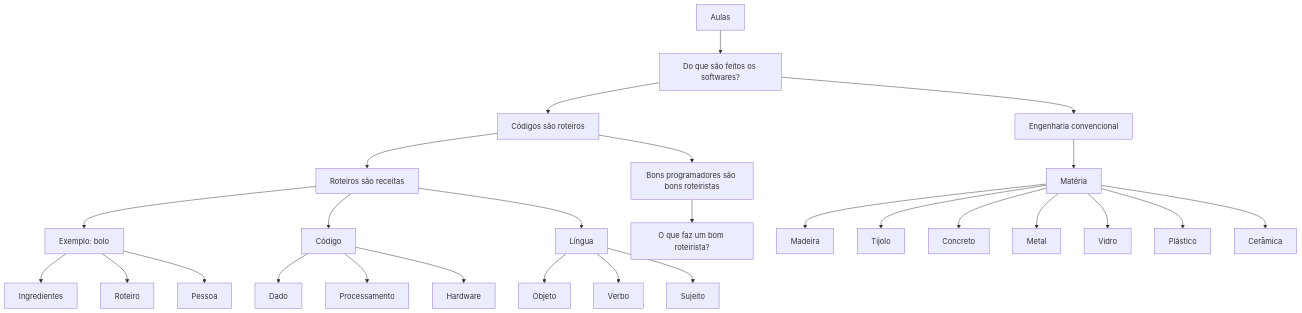
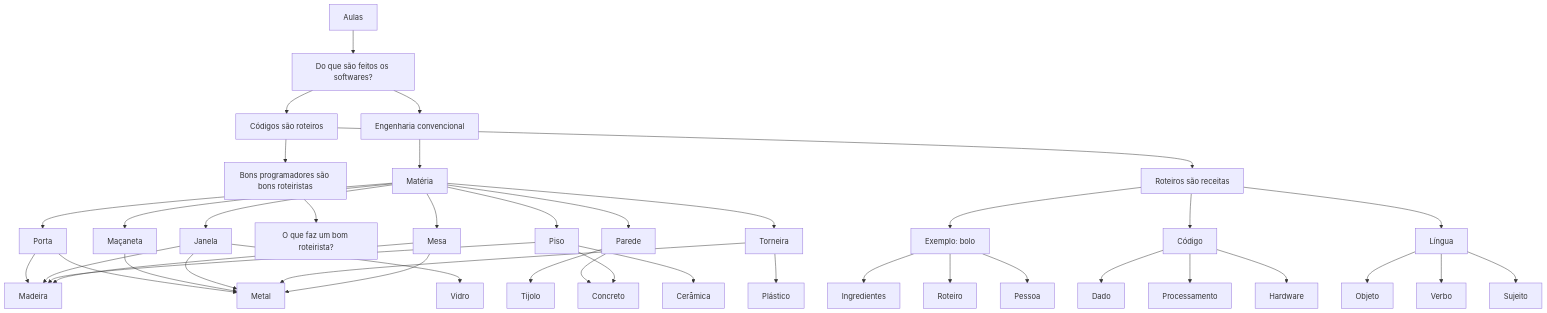
Before and after one commit to laerciogermano/workstation: the diagram in aulas/README.md, drawn with Mermaid. The commit also changed other lines of this file, not shown here.

Commit message:
Coloca componentes de casa (porta, maçaneta, janela…) acima das leafs de matéria.

````diff
--- a/aulas/README.md
+++ b/aulas/README.md
@@ -3,56 +3,78 @@
 ```mermaid
 flowchart TD
   A[Aulas]
   B[Do que são feitos os softwares?]
   C[Códigos são roteiros]
   D[Roteiros são receitas]
   DX[Exemplo: bolo]
   D1[Ingredientes]
   D2[Roteiro]
   D3[Pessoa]
   CG[Código]
   CG1[Dado]
   CG2[Processamento]
   CG3[Hardware]
   LG[Língua]
   LG1[Objeto]
   LG2[Verbo]
   LG3[Sujeito]
   E[Bons programadores são bons roteiristas]
   F[O que faz um bom roteirista?]
   EC[Engenharia convencional]
   M[Matéria]
+  CP1[Porta]
+  CP2[Maçaneta]
+  CP3[Janela]
+  CP4[Parede]
+  CP5[Piso]
+  CP6[Torneira]
+  CP7[Mesa]
   M1[Madeira]
   M2[Tijolo]
   M3[Concreto]
   M4[Metal]
   M5[Vidro]
   M6[Plástico]
   M7[Cerâmica]
   A --> B
   B --> EC
   B --> C
   C --> D
   C --> E
   E --> F
   D --> DX
   D --> CG
   D --> LG
   DX --> D1
   DX --> D2
   DX --> D3
   CG --> CG1
   CG --> CG2
   CG --> CG3
   LG --> LG1
   LG --> LG2
   LG --> LG3
   EC --> M
-  M --> M1
-  M --> M2
-  M --> M3
-  M --> M4
-  M --> M5
-  M --> M6
-  M --> M7
+  M --> CP1
+  M --> CP2
+  M --> CP3
+  M --> CP4
+  M --> CP5
+  M --> CP6
+  M --> CP7
+  CP1 --> M1
+  CP1 --> M4
+  CP2 --> M4
+  CP3 --> M5
+  CP3 --> M1
+  CP3 --> M4
+  CP4 --> M2
+  CP4 --> M3
+  CP5 --> M1
+  CP5 --> M3
+  CP5 --> M7
+  CP6 --> M4
+  CP6 --> M6
+  CP7 --> M1
+  CP7 --> M4
 ```
````
